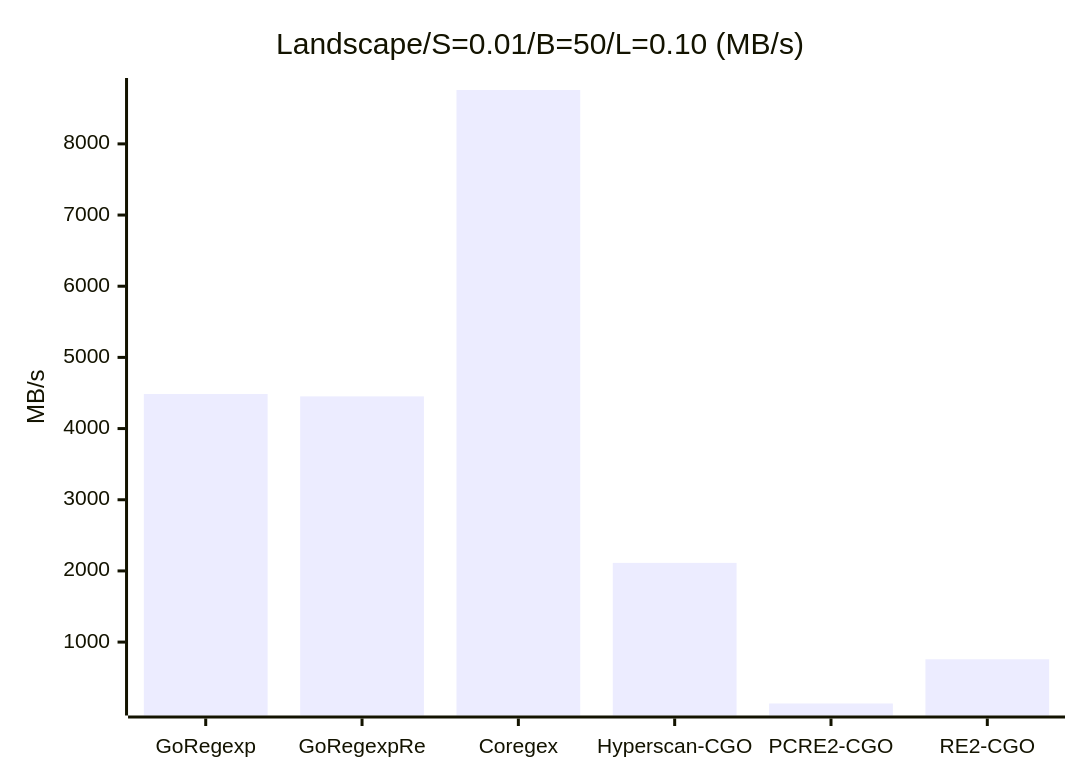
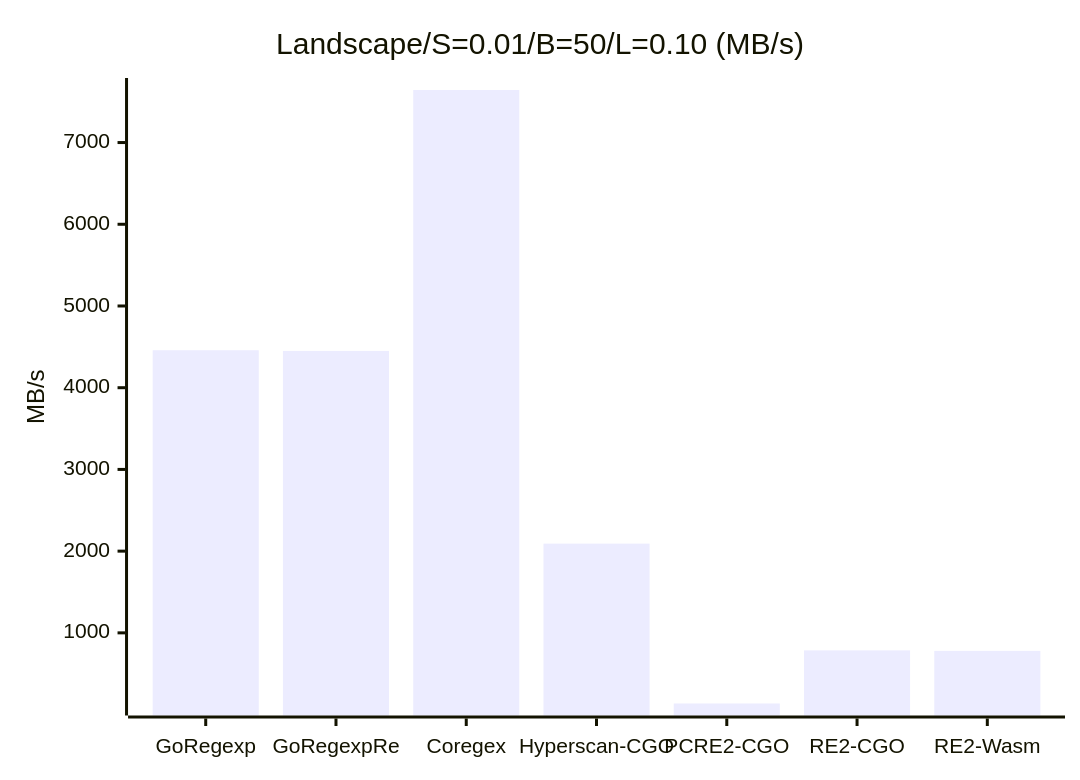
Before and after one commit to kamichidu/go-regexp-re: diagram 12 of 47 in _benchmark_results/cgo_engines.md, drawn with Mermaid. The commit also changed other lines of this file and 1 other file, not shown here.

````diff
--- a/_benchmark_results/cgo_engines.md
+++ b/_benchmark_results/cgo_engines.md
@@ -205,7 +205,7 @@
 ```mermaid
 xychart-beta
     title "Landscape/S=0.01/B=50/L=0.10 (MB/s)"
-    x-axis ["GoRegexp", "GoRegexpRe", "Coregex", "Hyperscan-CGO", "PCRE2-CGO", "RE2-CGO"]
+    x-axis ["GoRegexp", "GoRegexpRe", "Coregex", "Hyperscan-CGO", "PCRE2-CGO", "RE2-CGO", "RE2-Wasm"]
     y-axis "MB/s"
-    bar [4486.30, 4452.59, 8757.00, 2113.03, 137.19, 758.55]
+    bar [4458.40, 4450.26, 7643.06, 2091.98, 135.56, 785.52, 779.61]
 ```
````
